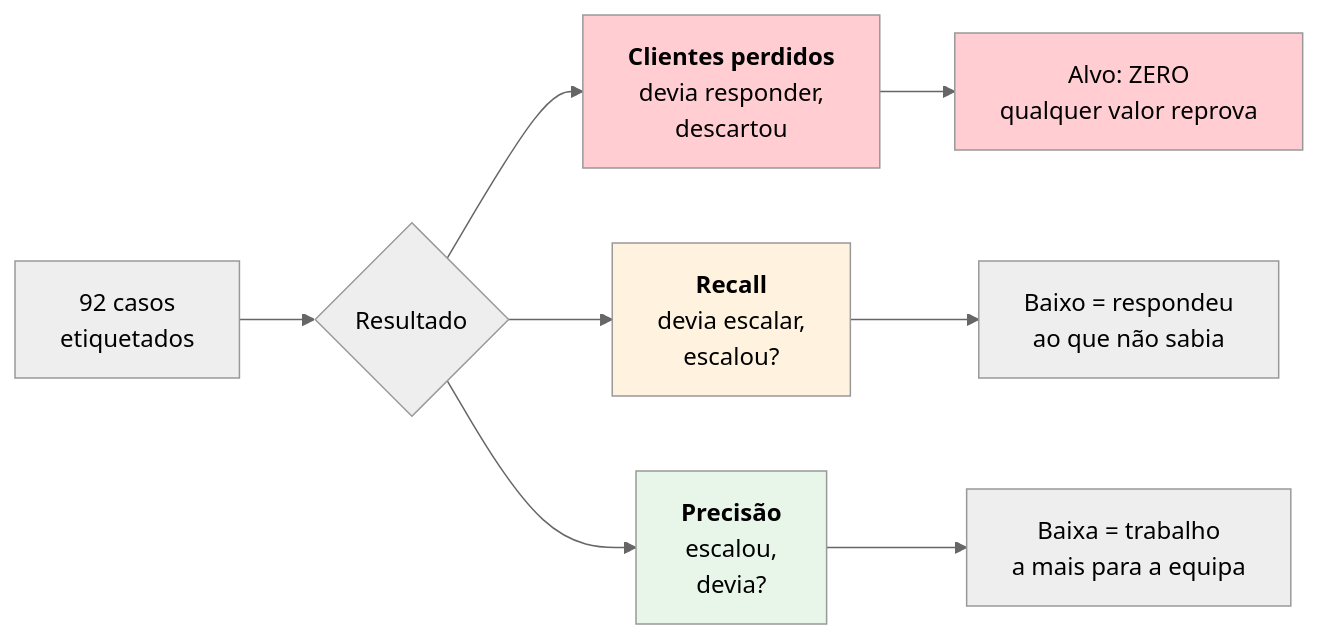
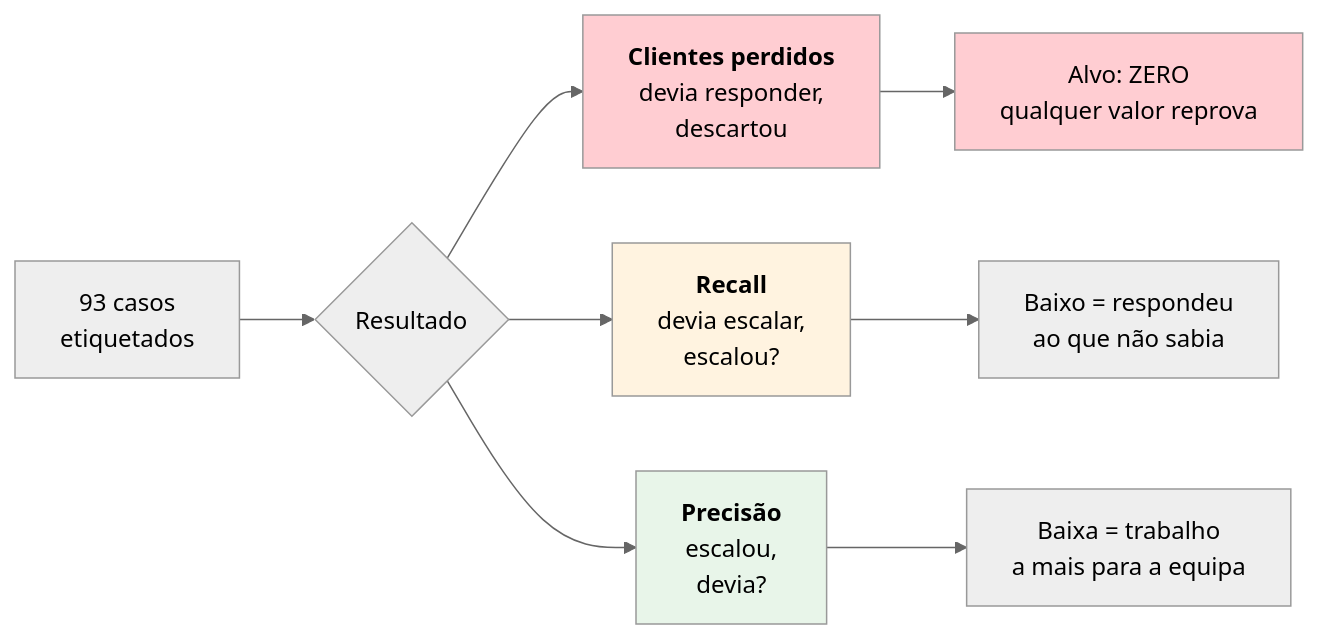
The diagram in docs/01-overview/problem-and-solution.md (joaocarvalhini/Outlook-Reply-Assistant), drawn with Mermaid (neutral theme) before and after one commit. The commit also changed 8 other files, not shown here.

````diff
--- a/docs/01-overview/problem-and-solution.md
+++ b/docs/01-overview/problem-and-solution.md
@@ -70,16 +70,16 @@
 ```mermaid
 flowchart LR
-    A["92 casos<br/>etiquetados"] --> B{"Resultado"}
+    A["93 casos<br/>etiquetados"] --> B{"Resultado"}
     B --> C["<b>Clientes perdidos</b><br/>devia responder,<br/>descartou"]
     B --> D["<b>Recall</b><br/>devia escalar,<br/>escalou?"]
     B --> E["<b>Precisão</b><br/>escalou,<br/>devia?"]
 
     C --> F["Alvo: ZERO<br/>qualquer valor reprova"]
     D --> G["Baixo = respondeu<br/>ao que não sabia"]
     E --> H["Baixa = trabalho<br/>a mais para a equipa"]
 
     style C fill:#ffcdd2
     style F fill:#ffcdd2
     style D fill:#fff3e0
     style E fill:#e8f5e9
 ```
````
